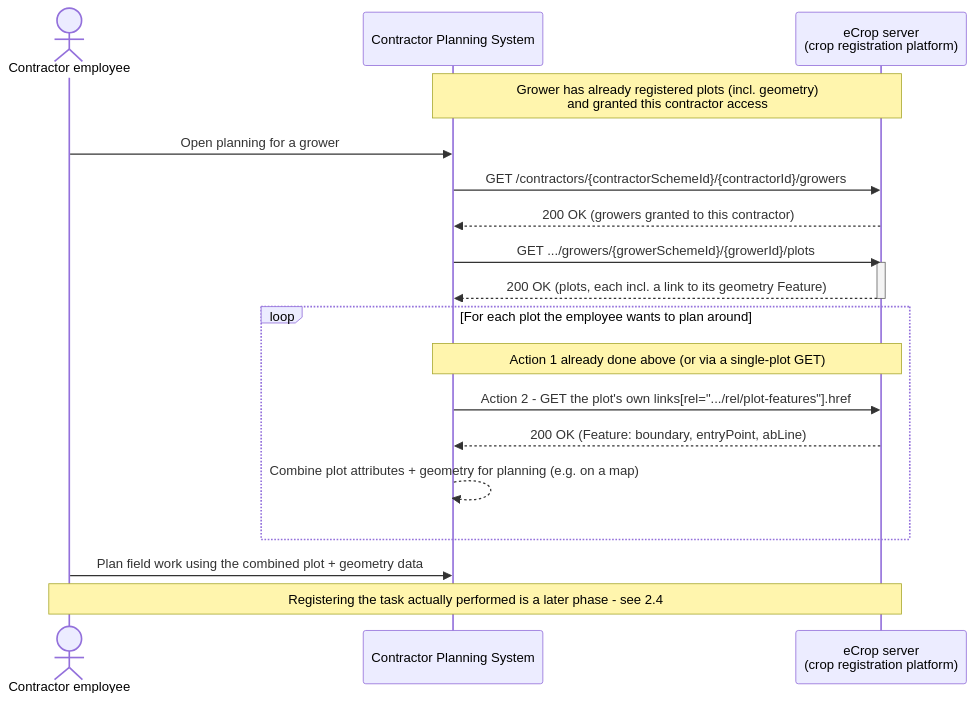
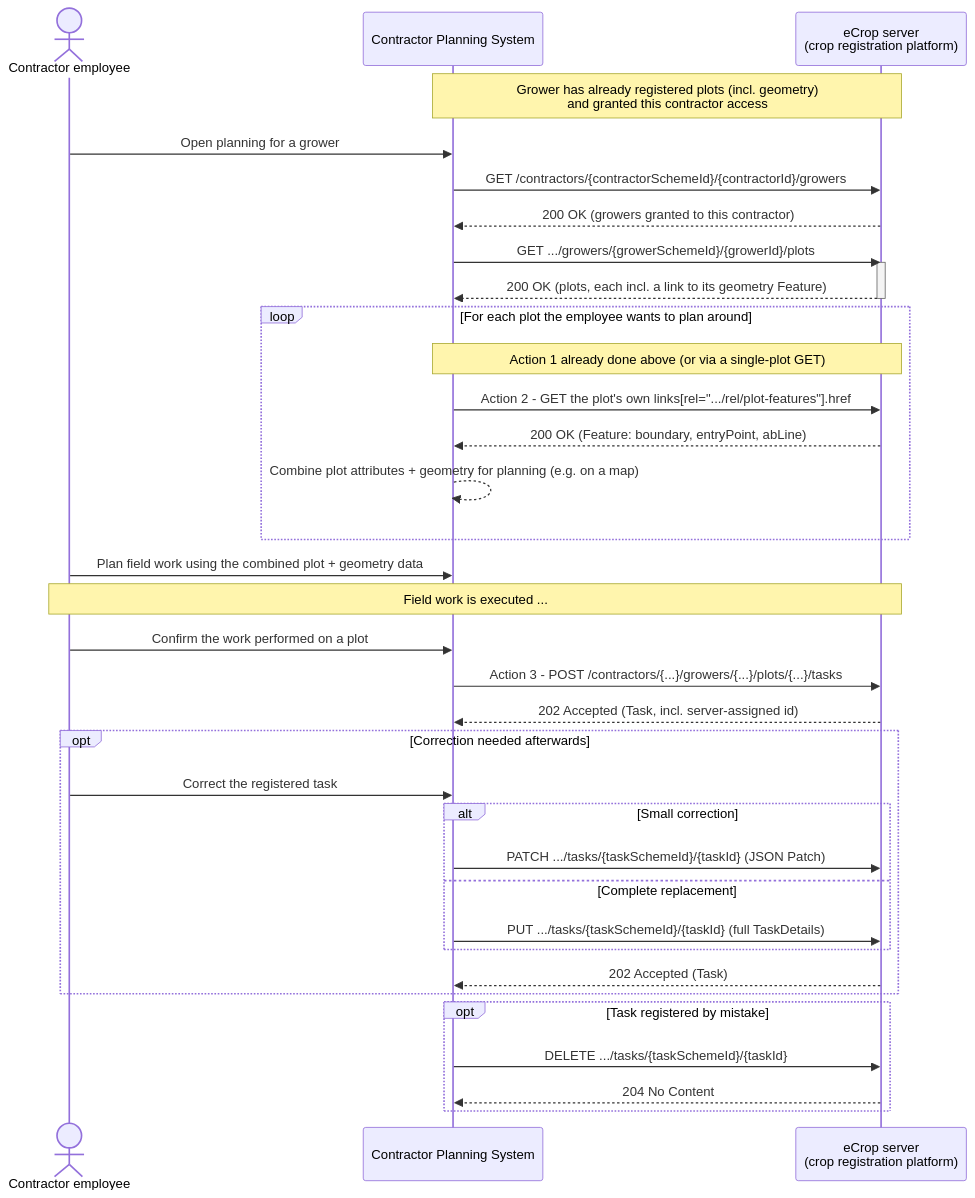
The diagram in examples/contractor-task-planning/README.md (AgroConnectNL/eCrop), drawn with Mermaid before and after one commit. The commit also changed other lines of this file and 2 other files, not shown here.

Commit message:
Document contractor task registration (POST/PUT/PATCH/DELETE) in example and implementation guide

````diff
--- a/examples/contractor-task-planning/README.md
+++ b/examples/contractor-task-planning/README.md
@@ -70,28 +79,47 @@
 ```mermaid
 sequenceDiagram
     actor Employee as Contractor employee
     participant CPS as Contractor Planning System
     participant eCrop as eCrop server<br/>(crop registration platform)
 
     Note over CPS,eCrop: Grower has already registered plots (incl. geometry)<br/>and granted this contractor access
 
     Employee->>CPS: Open planning for a grower
     CPS->>eCrop: GET /contractors/{contractorSchemeId}/{contractorId}/growers
     eCrop-->>CPS: 200 OK (growers granted to this contractor)
 
     CPS->>eCrop: GET .../growers/{growerSchemeId}/{growerId}/plots
     activate eCrop
     eCrop-->>CPS: 200 OK (plots, each incl. a link to its geometry Feature)
     deactivate eCrop
 
     loop For each plot the employee wants to plan around
         Note over CPS,eCrop: Action 1 already done above (or via a single-plot GET)
         CPS->>eCrop: Action 2 - GET the plot's own links[rel=".../rel/plot-features"].href
         eCrop-->>CPS: 200 OK (Feature: boundary, entryPoint, abLine)
         CPS-->>CPS: Combine plot attributes + geometry for planning (e.g. on a map)
     end
 
     Employee->>CPS: Plan field work using the combined plot + geometry data
 
-    Note over Employee,eCrop: Registering the task actually performed is a later phase - see 2.4
+    Note over Employee,eCrop: Field work is executed ...
+
+    Employee->>CPS: Confirm the work performed on a plot
+    CPS->>eCrop: Action 3 - POST /contractors/{...}/growers/{...}/plots/{...}/tasks
+    eCrop-->>CPS: 202 Accepted (Task, incl. server-assigned id)
+
+    opt Correction needed afterwards
+        Employee->>CPS: Correct the registered task
+        alt Small correction
+            CPS->>eCrop: PATCH .../tasks/{taskSchemeId}/{taskId} (JSON Patch)
+        else Complete replacement
+            CPS->>eCrop: PUT .../tasks/{taskSchemeId}/{taskId} (full TaskDetails)
+        end
+        eCrop-->>CPS: 202 Accepted (Task)
+    end
+
+    opt Task registered by mistake
+        CPS->>eCrop: DELETE .../tasks/{taskSchemeId}/{taskId}
+        eCrop-->>CPS: 204 No Content
+    end
 ```
````
